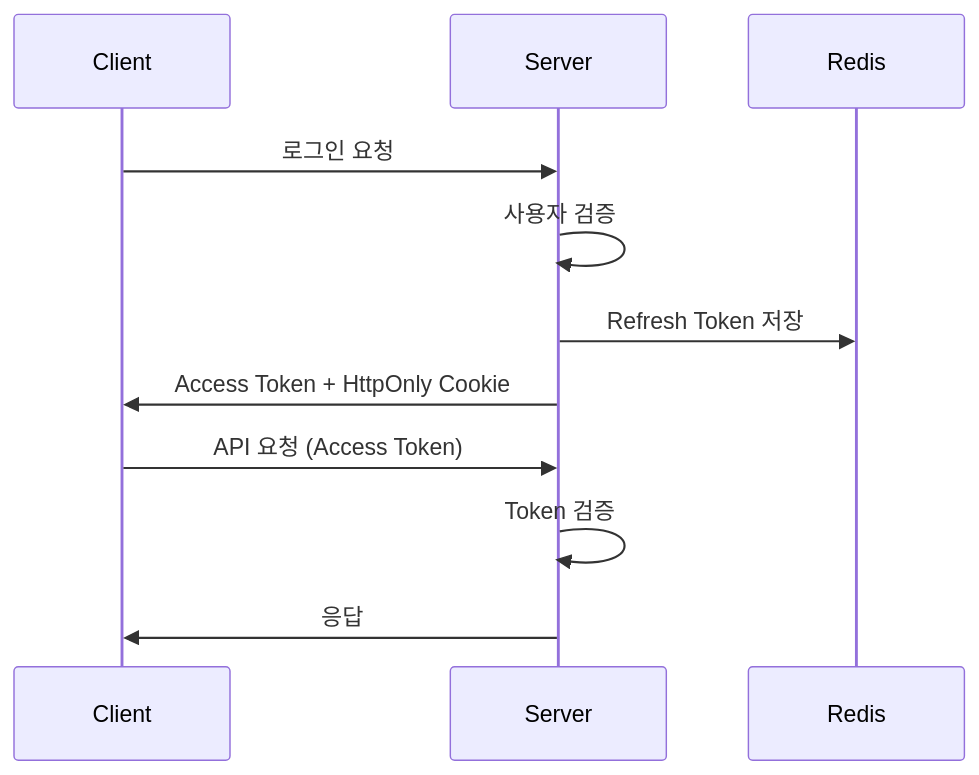
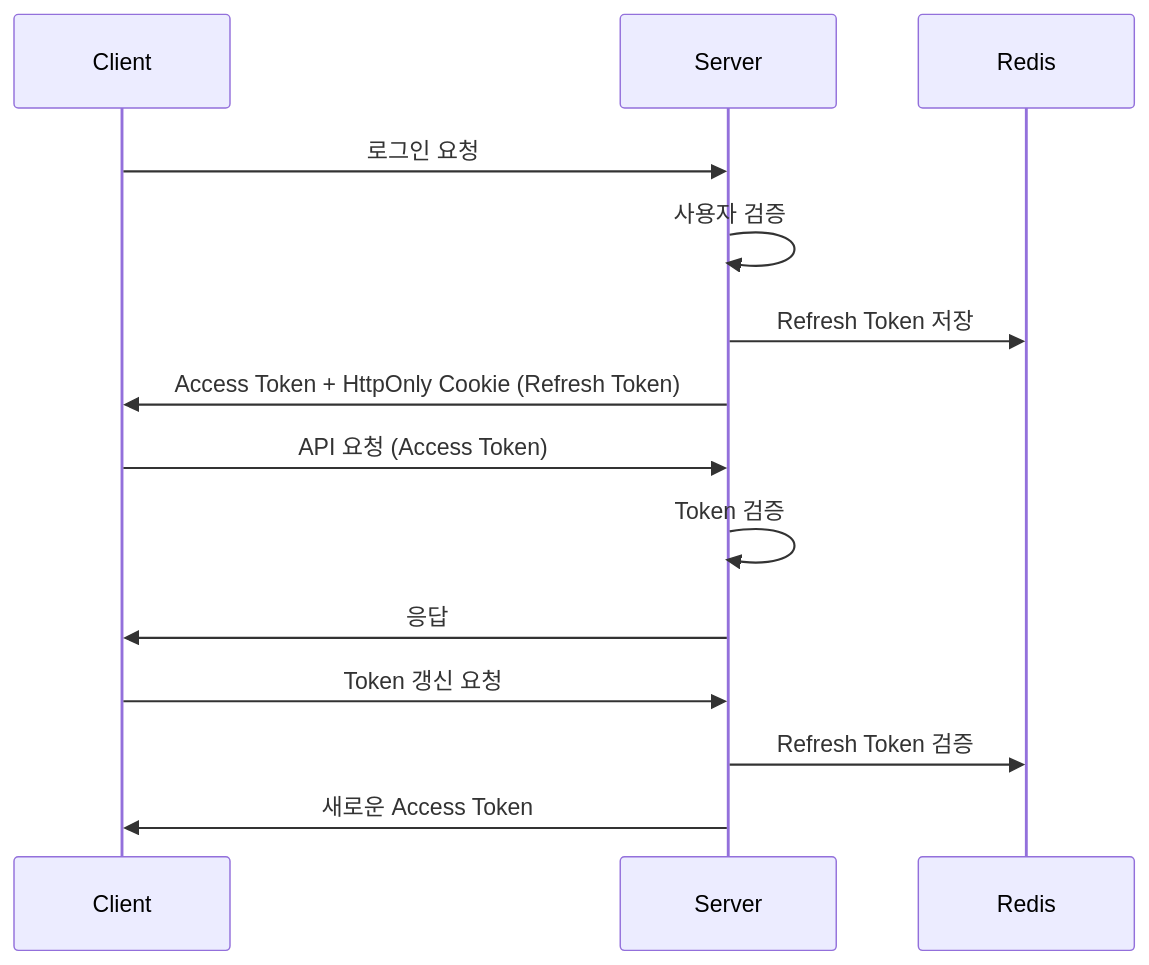
Before and after one commit to Iusto/byeolnight: the first of 2 diagrams in README.md, drawn with Mermaid. The commit also changed other lines of this file and 2 other files, not shown here.

````diff
--- a/README.md
+++ b/README.md
@@ -221,15 +552,19 @@
 ```mermaid
 sequenceDiagram
     participant C as Client
     participant S as Server
     participant R as Redis
     
     C->>S: 로그인 요청
     S->>S: 사용자 검증
     S->>R: Refresh Token 저장
-    S->>C: Access Token + HttpOnly Cookie
+    S->>C: Access Token + HttpOnly Cookie (Refresh Token)
     
     C->>S: API 요청 (Access Token)
     S->>S: Token 검증
     S->>C: 응답
+    
+    C->>S: Token 갱신 요청
+    S->>R: Refresh Token 검증
+    S->>C: 새로운 Access Token
 ```
````
